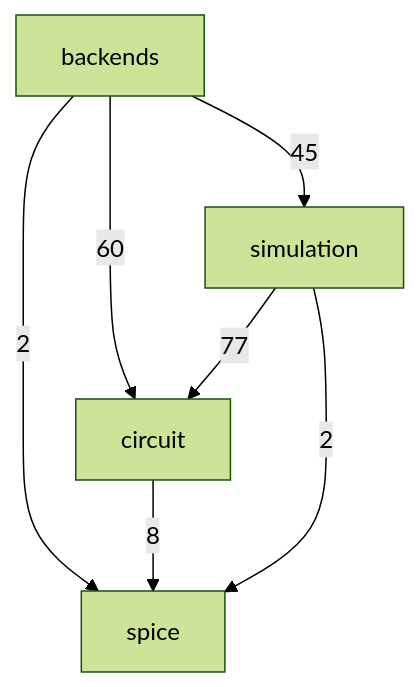
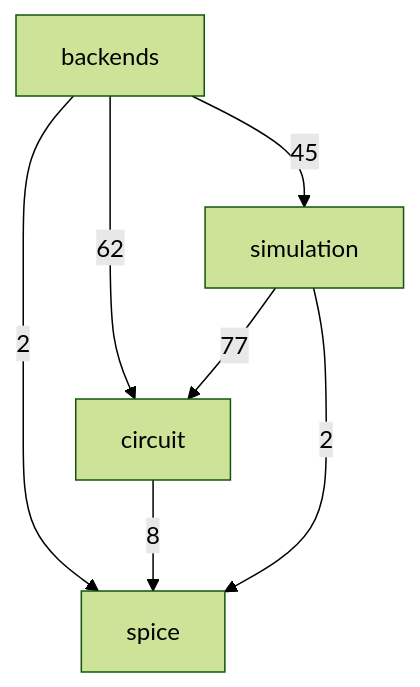
Before and after one commit to ronnymilleo/imcsim: the second of 3 diagrams in docs/architecture.md, drawn with Mermaid (forest theme). The commit also changed 24 other files, not shown here.

````diff
--- a/docs/architecture.md
+++ b/docs/architecture.md
@@ -33,13 +33,13 @@
 ```mermaid
 flowchart TD
     app_core_spice[spice]
     app_core_circuit[circuit]
     app_core_simulation[simulation]
     app_core_backends[backends]
-    app_core_backends -->|60| app_core_circuit
+    app_core_backends -->|62| app_core_circuit
     app_core_backends -->|45| app_core_simulation
     app_core_backends -->|2| app_core_spice
     app_core_circuit -->|8| app_core_spice
     app_core_simulation -->|77| app_core_circuit
     app_core_simulation -->|2| app_core_spice
 ```
````
